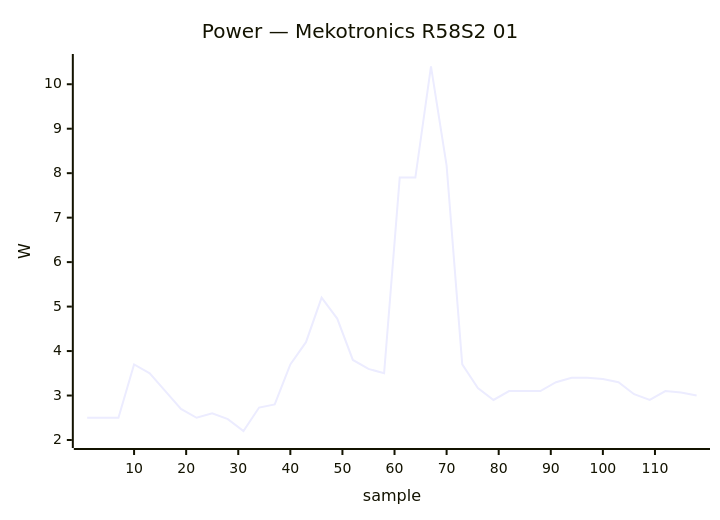
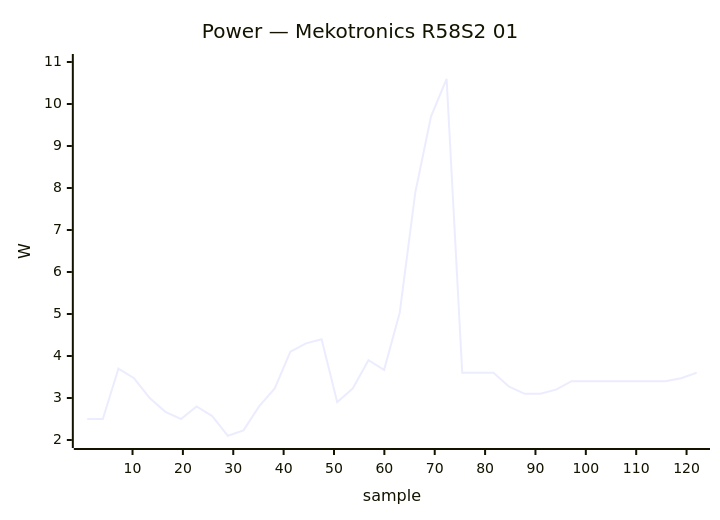
Before and after one commit to armbian/documentation: diagram 15 of 38 in docs/status/board-tests.md, drawn with Mermaid. The commit also changed other lines of this file, not shown here.

````diff
--- a/docs/status/board-tests.md
+++ b/docs/status/board-tests.md
@@ -817,7 +843,7 @@
 ```mermaid
 xychart-beta
     title "Power — Mekotronics R58S2 01"
-    x-axis "sample" 1 --> 118
-    y-axis "W" 2.0 --> 10.5
-    line [2.50, 2.50, 2.50, 3.70, 3.50, 3.10, 2.70, 2.50, 2.60, 2.47, 2.20, 2.73, 2.80, 3.70, 4.20, 5.20, 4.73, 3.80, 3.60, 3.50, 7.90, 7.90, 10.40, 8.17, 3.70, 3.17, 2.90, 3.10, 3.10, 3.10, 3.30, 3.40, 3.40, 3.37, 3.30, 3.03, 2.90, 3.10, 3.07, 3.00]
+    x-axis "sample" 1 --> 122
+    y-axis "W" 2.0 --> 11.0
+    line [2.50, 2.50, 3.70, 3.47, 3.00, 2.67, 2.50, 2.80, 2.57, 2.10, 2.23, 2.80, 3.23, 4.10, 4.30, 4.40, 2.90, 3.23, 3.90, 3.67, 5.03, 7.90, 9.70, 10.60, 3.60, 3.60, 3.60, 3.27, 3.10, 3.10, 3.20, 3.40, 3.40, 3.40, 3.40, 3.40, 3.40, 3.40, 3.47, 3.60]
 ```
````
